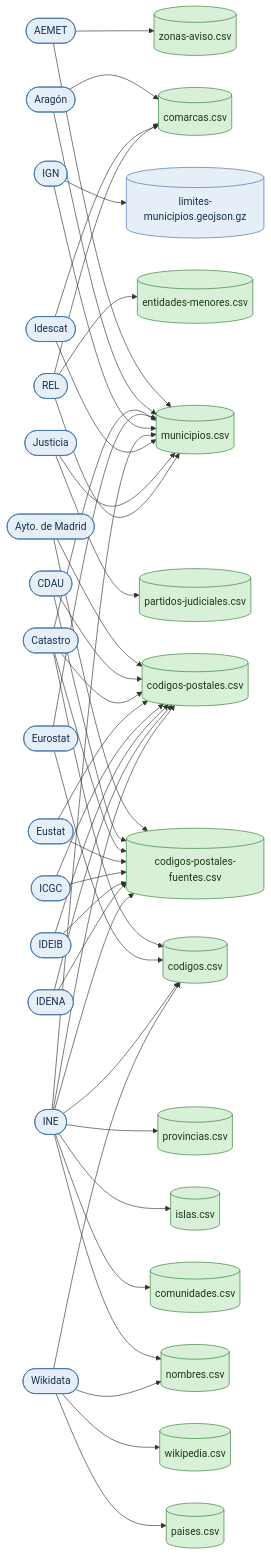
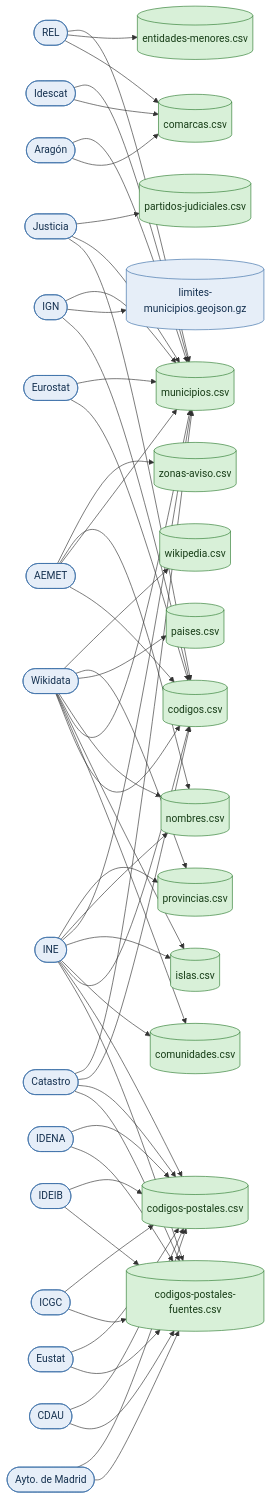
Before and after one commit to alertapublica/territorios-es: the fifth of 6 diagrams in docs/estado.md, drawn with Mermaid. The commit also changed other lines of this file and 6 other files, not shown here.

```diff
--- a/docs/estado.md
+++ b/docs/estado.md
@@ -306,7 +309,9 @@
   f_provincias_csv[("provincias.csv")]:::done
   f_wikipedia_csv[("wikipedia.csv")]:::done
   f_zonas_aviso_csv[("zonas-aviso.csv")]:::done
+  o_AEMET --> f_codigos_csv
   o_AEMET --> f_municipios_csv
+  o_AEMET --> f_nombres_csv
   o_AEMET --> f_zonas_aviso_csv
   o_Aragón --> f_comarcas_csv
   o_Aragón --> f_municipios_csv
@@ -328,6 +333,7 @@
   o_IDEIB --> f_codigos_postales_csv
   o_IDENA --> f_codigos_postales_fuentes_csv
   o_IDENA --> f_codigos_postales_csv
+  o_IGN --> f_codigos_csv
   o_IGN --> f_limites_municipios_geojson_gz
   o_IGN --> f_municipios_csv
   o_INE --> f_codigos_postales_fuentes_csv
@@ -340,14 +346,19 @@
   o_INE --> f_provincias_csv
   o_Idescat --> f_comarcas_csv
   o_Idescat --> f_municipios_csv
+  o_Justicia --> f_codigos_csv
   o_Justicia --> f_municipios_csv
   o_Justicia --> f_partidos_judiciales_csv
   o_REL --> f_comarcas_csv
   o_REL --> f_entidades_menores_csv
   o_REL --> f_municipios_csv
   o_Wikidata --> f_codigos_csv
+  o_Wikidata --> f_comunidades_csv
+  o_Wikidata --> f_islas_csv
+  o_Wikidata --> f_municipios_csv
   o_Wikidata --> f_nombres_csv
   o_Wikidata --> f_paises_csv
+  o_Wikidata --> f_provincias_csv
   o_Wikidata --> f_wikipedia_csv
   classDef done fill:#d8f0d8,stroke:#2e7d32,color:#173d17
   classDef todo fill:#fdecc8,stroke:#b26a00,color:#4a2c00,stroke-dasharray:4 3
```
